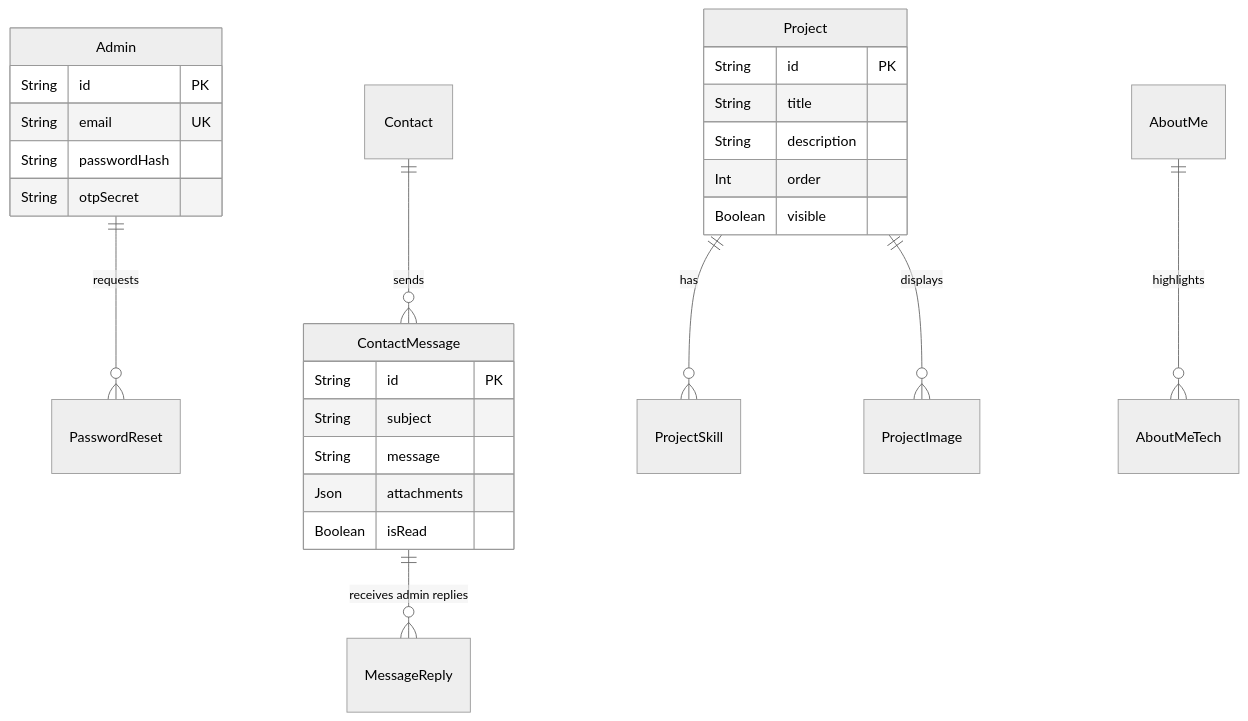
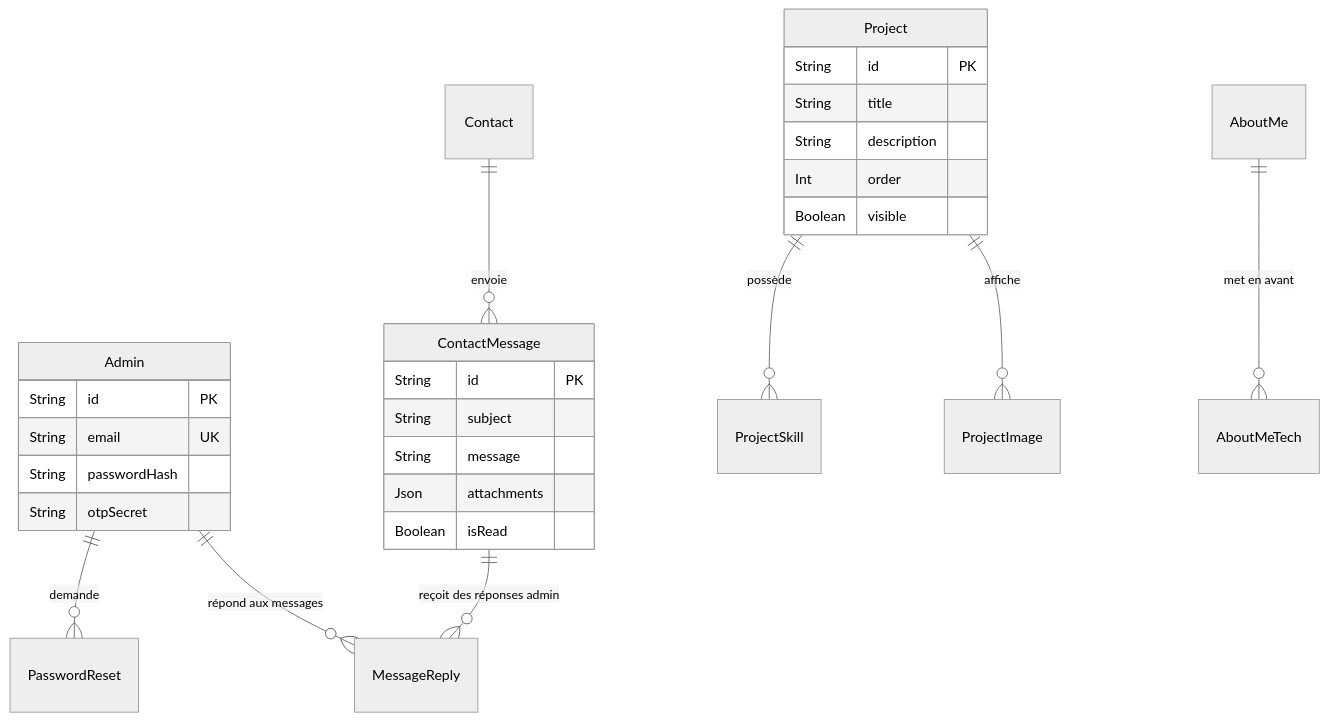
The diagram in README.fr.md (Hedi1312/Portfolio), drawn with Mermaid (neutral theme) before and after one commit. The commit also changed other lines of this file and 1 other file, not shown here.

Commit message:
docs : readme

````diff
--- a/README.fr.md
+++ b/README.fr.md
@@ -80,30 +80,31 @@
 ```mermaid
 erDiagram
-    Admin ||--o{ PasswordReset : requests
-    Contact ||--o{ ContactMessage : "sends"
-    ContactMessage ||--o{ MessageReply : "receives admin replies"
-    Project ||--o{ ProjectSkill : "has"
-    Project ||--o{ ProjectImage : "displays"
-    AboutMe ||--o{ AboutMeTech : "highlights"
+    Admin ||--o{ PasswordReset : "demande"
+    Admin ||--o{ MessageReply : "répond aux messages"
+    Contact ||--o{ ContactMessage : "envoie"
+    ContactMessage ||--o{ MessageReply : "reçoit des réponses admin"
+    Project ||--o{ ProjectSkill : "possède"
+    Project ||--o{ ProjectImage : "affiche"
+    AboutMe ||--o{ AboutMeTech : "met en avant"
 
     Admin {
         String id PK
         String email UK
         String passwordHash
         String otpSecret
     }
     ContactMessage {
         String id PK
         String subject
         String message
         Json attachments
         Boolean isRead
     }
     Project {
         String id PK
         String title
         String description
         Int order
         Boolean visible
     }
 ```
````
